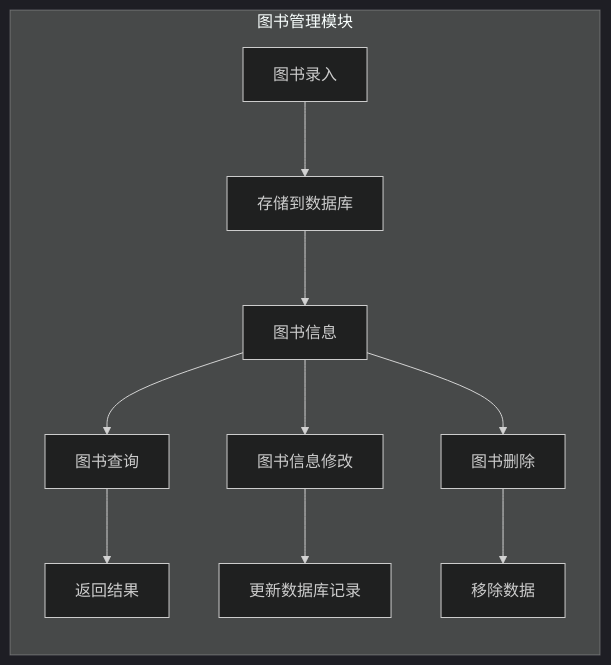
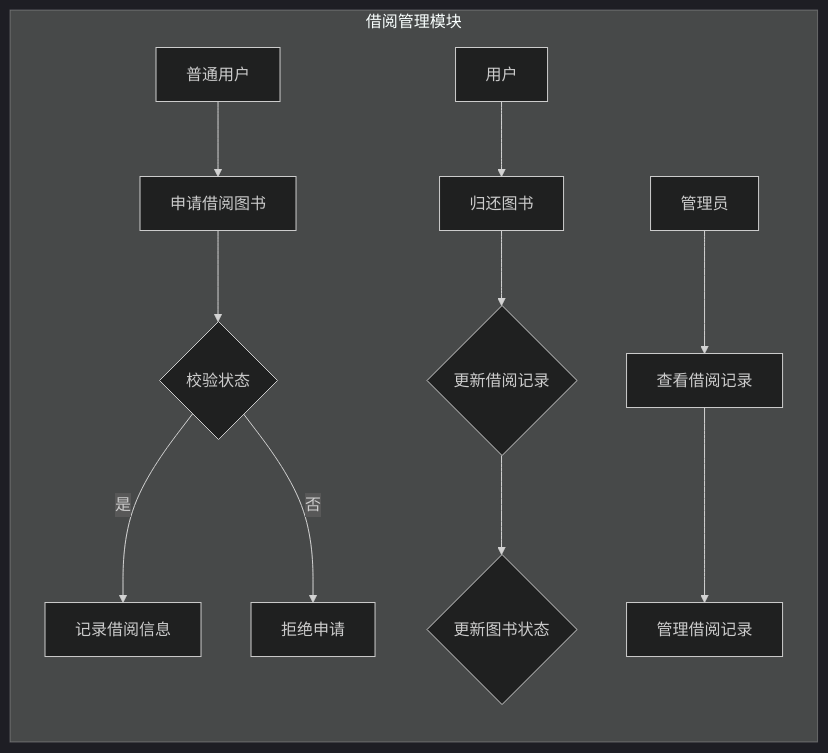
One commit to qianlong520/iodraw-files changed the diagram in all/未命名-3.md. Above: the diagram before and after it, drawn with Mermaid (dark theme).

Commit message:
2024-11-04 14:05:56 update

````diff
--- a/all/未命名-3.md
+++ b/all/未命名-3.md
@@ -1,13 +1,14 @@
 ```mermaid
 graph LR
-    subgraph 图书管理模块
-        A[图书录入] --> B[存储到数据库]
-        B --> C[图书信息]
-        C --> D[图书查询]
-        D --> E[返回结果]
-        C --> F[图书信息修改]
-        F --> G[更新数据库记录]
-        C --> H[图书删除]
-        H --> I[移除数据]
+    subgraph 借阅管理模块
+        A[普通用户] --> B[申请借阅图书]
+        B --> C{校验状态}
+        C -- 是 --> D[记录借阅信息]
+        C -- 否 --> E[拒绝申请]
+        F[用户] --> G[归还图书]
+        G --> H{更新借阅记录}
+        H --> I{更新图书状态}
+        J[管理员] --> K[查看借阅记录]
+        K --> L[管理借阅记录]
     end
 ```
````
